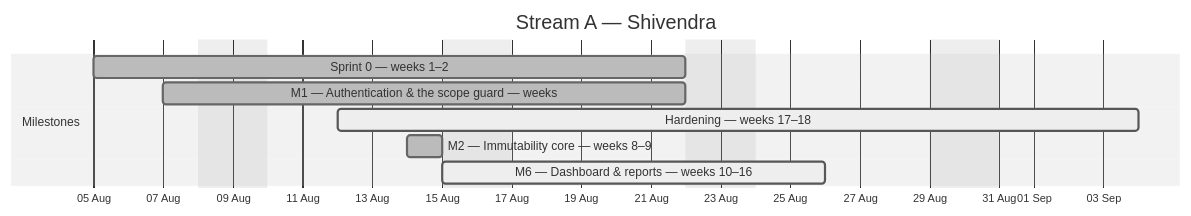
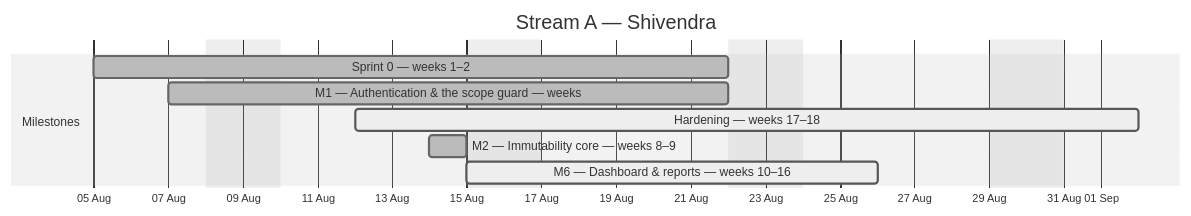
The first of 4 diagrams in docs/plan/GANTT.md (debashisedunext/EduTrack), drawn with Mermaid (neutral theme) before and after one commit. The commit also changed other lines of this file and 3 other files, not shown here.

````diff
--- a/docs/plan/GANTT.md
+++ b/docs/plan/GANTT.md
@@ -86,13 +86,13 @@
 ```mermaid
 gantt
     dateFormat YYYY-MM-DD
     axisFormat %d %b
     title Stream A — Shivendra
     excludes weekends
     section Milestones
     Sprint 0 — weeks 1–2 :done, a0, 2026-08-05, 13d
     M1 — Authentication & the scope guard — weeks :done, a1, 2026-08-07, 11d
-    Hardening — weeks 17–18 :active, a2, 2026-08-12, 17d
+    Hardening — weeks 17–18 :active, a2, 2026-08-12, 15d
     M2 — Immutability core — weeks 8–9 :done, a3, 2026-08-14, 1d
     M6 — Dashboard & reports — weeks 10–16 :active, a4, 2026-08-15, 8d
 ```
````
